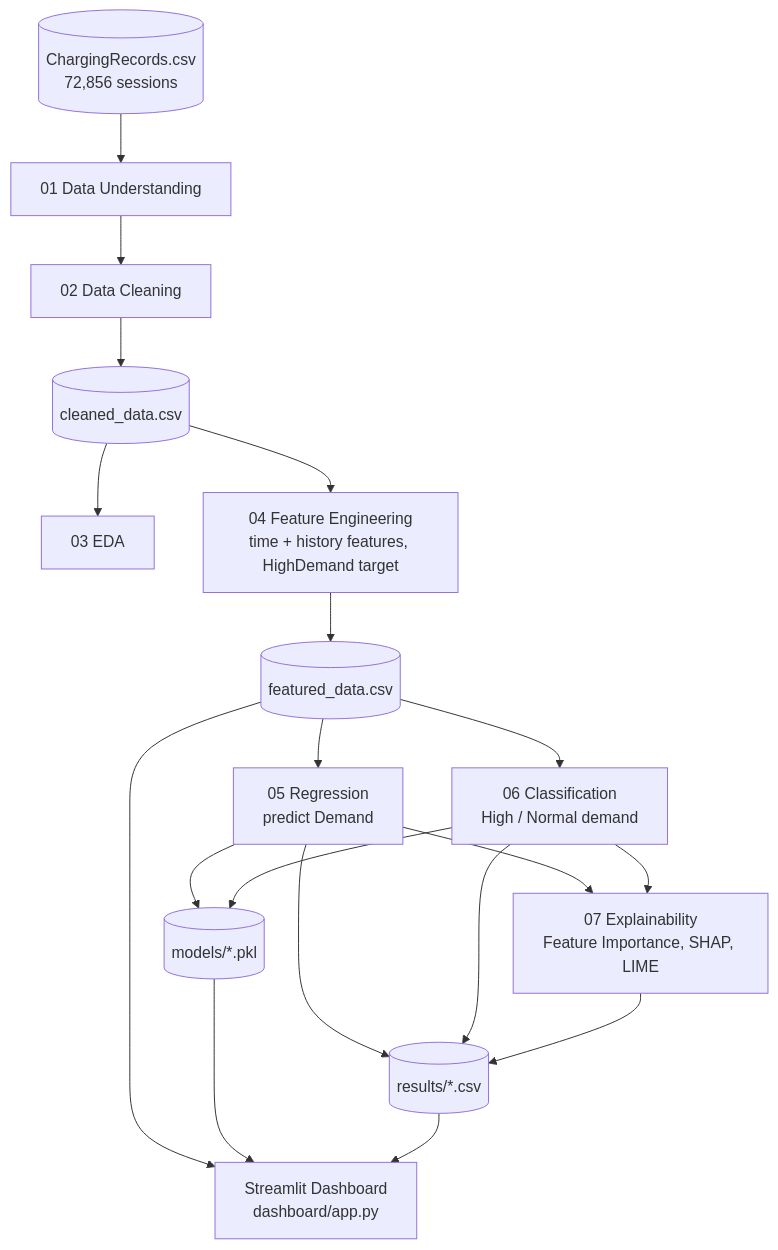
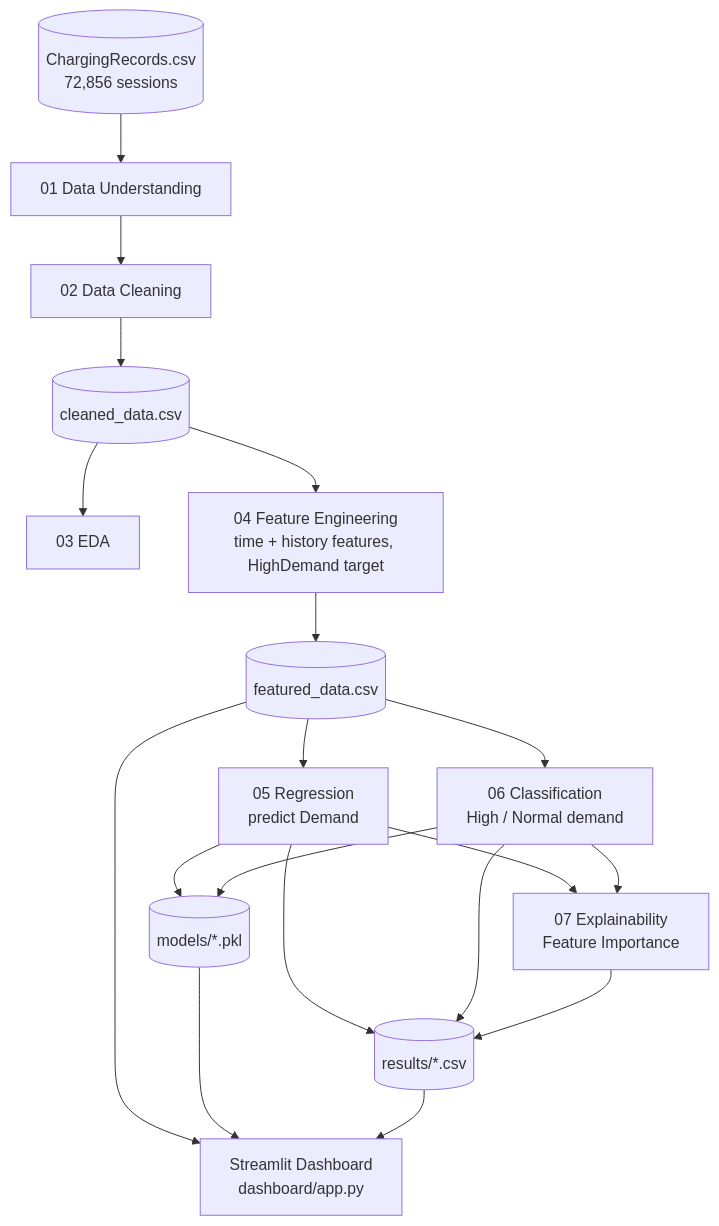
One commit to ssrikanthssk/EV_Charging_Demand_Analysis changed the diagram in README.md. Above: the diagram before and after it, drawn with Mermaid.

````diff
--- a/README.md
+++ b/README.md
@@ -137,21 +137,21 @@
 ```mermaid
 flowchart TD
     A[("ChargingRecords.csv<br/>72,856 sessions")] --> B["01 Data Understanding"]
     B --> C["02 Data Cleaning"]
     C --> D[("cleaned_data.csv")]
     D --> E["03 EDA"]
     D --> F["04 Feature Engineering<br/>time + history features, HighDemand target"]
     F --> G[("featured_data.csv")]
     G --> H["05 Regression<br/>predict Demand"]
     G --> I["06 Classification<br/>High / Normal demand"]
-    H --> K["07 Explainability<br/>Feature Importance, SHAP, LIME"]
+    H --> K["07 Explainability<br/>Feature Importance"]
     I --> K
     H --> M[("models/*.pkl")]
     I --> M
     H --> R[("results/*.csv")]
     I --> R
     K --> R
     G --> S["Streamlit Dashboard<br/>dashboard/app.py"]
     M --> S
     R --> S
 ```
````
